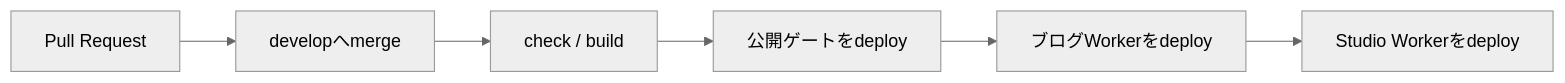
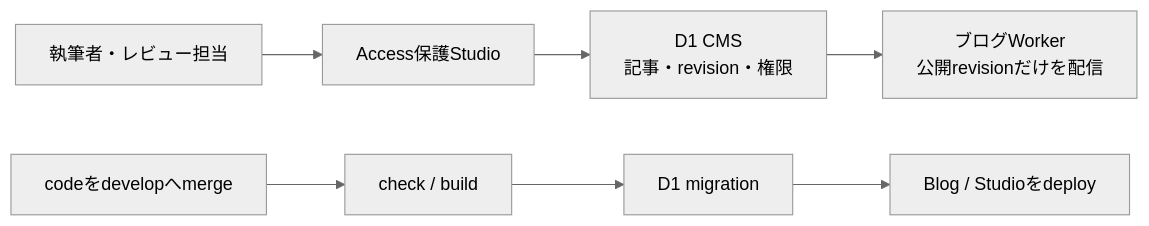
Before and after one commit to mani1261790/Noema: the diagram in README.md, drawn with Mermaid (neutral theme). The commit also changed other lines of this file and 10 other files, not shown here.

Commit message:
Document and automate the CMS publishing flow

````diff
--- a/README.md
+++ b/README.md
@@ -19,8 +21,9 @@
 ```mermaid
 flowchart LR
-  PR["Pull Request"] --> Develop["developへmerge"]
-  Develop --> CI["check / build"]
-  CI --> Gate["公開ゲートをdeploy"]
-  Gate --> Blog["ブログWorkerをdeploy"]
-  Blog --> Studio["Studio Workerをdeploy"]
+  Author["執筆者・レビュー担当"] --> Studio["Access保護Studio"]
+  Studio --> D1["D1 CMS<br/>記事・revision・権限"]
+  D1 --> Blog["ブログWorker<br/>公開revisionだけを配信"]
+  Develop["codeをdevelopへmerge"] --> CI["check / build"]
+  CI --> Migration["D1 migration"]
+  Migration --> Deploy["Blog / Studioをdeploy"]
 ```
````
